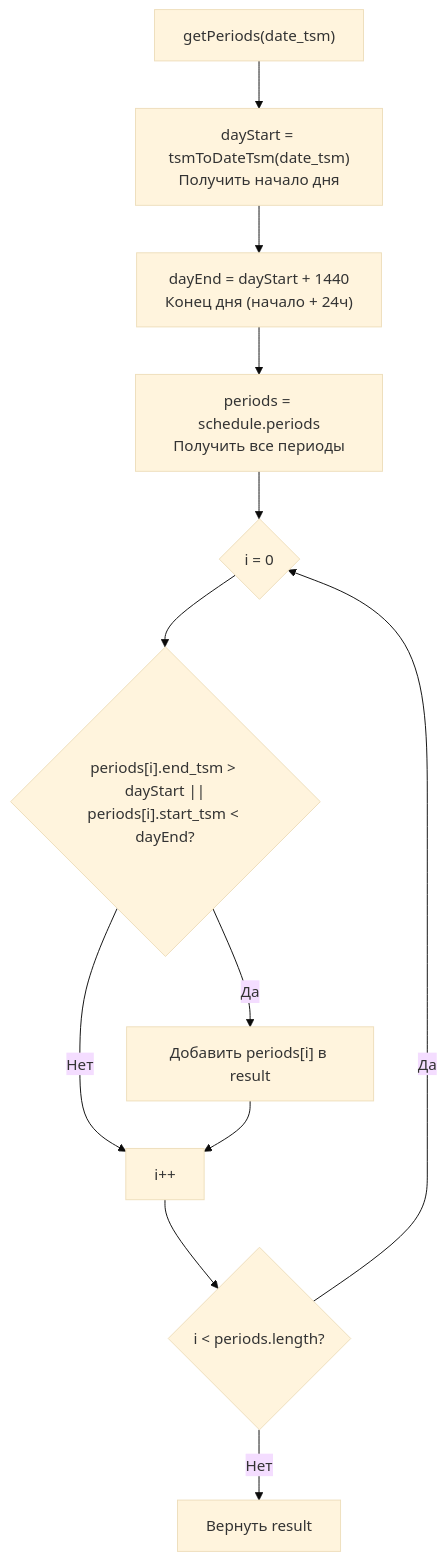
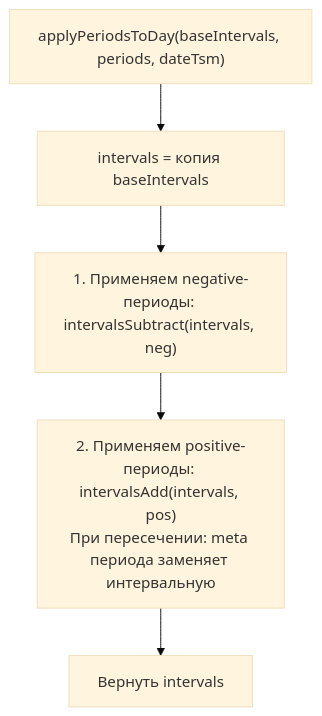
Before and after one commit to spo0okie/arms_inventory: the second of 15 diagrams in modules/schedules/plans/compile.md, drawn with Mermaid (base theme). The commit also changed other lines of this file and 2 other files, not shown here.

````diff
--- a/modules/schedules/plans/compile.md
+++ b/modules/schedules/plans/compile.md
@@ -185,14 +347,7 @@
 ```mermaid
 flowchart TD
-    A["getPeriods(date_tsm)"] --> B["dayStart = tsmToDateTsm(date_tsm)<br>Получить начало дня"]
-    B --> C["dayEnd = dayStart + 1440<br>Конец дня (начало + 24ч)"]
-    C --> D["periods = schedule.periods<br>Получить все периоды"]
-    D --> E{i = 0}
-    E --> F{"periods[i].end_tsm > dayStart ||<br>periods[i].start_tsm < dayEnd?"}
-    F -->|Да| G["Добавить periods[i] в result"]
-    F -->|Нет| H
-    G --> H["i++"]
-    H --> I{"i < periods.length?"}
-    I -->|Да| E
-    I -->|Нет| J["Вернуть result"]
+    A["applyPeriodsToDay(baseIntervals, periods, dateTsm)"] --> B["intervals = копия baseIntervals"]
+    B --> C["1. Применяем negative-периоды: intervalsSubtract(intervals, neg)"]
+    C --> D["2. Применяем positive-периоды: intervalsAdd(intervals, pos)<br>При пересечении: meta периода заменяет интервальную"]
+    D --> E["Вернуть intervals"]
 ```
````
